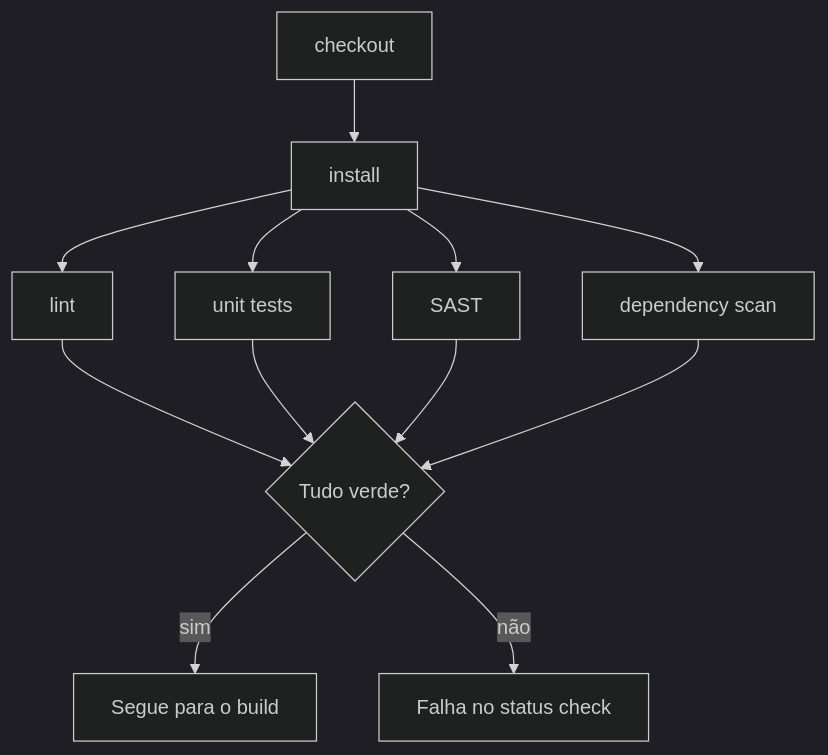
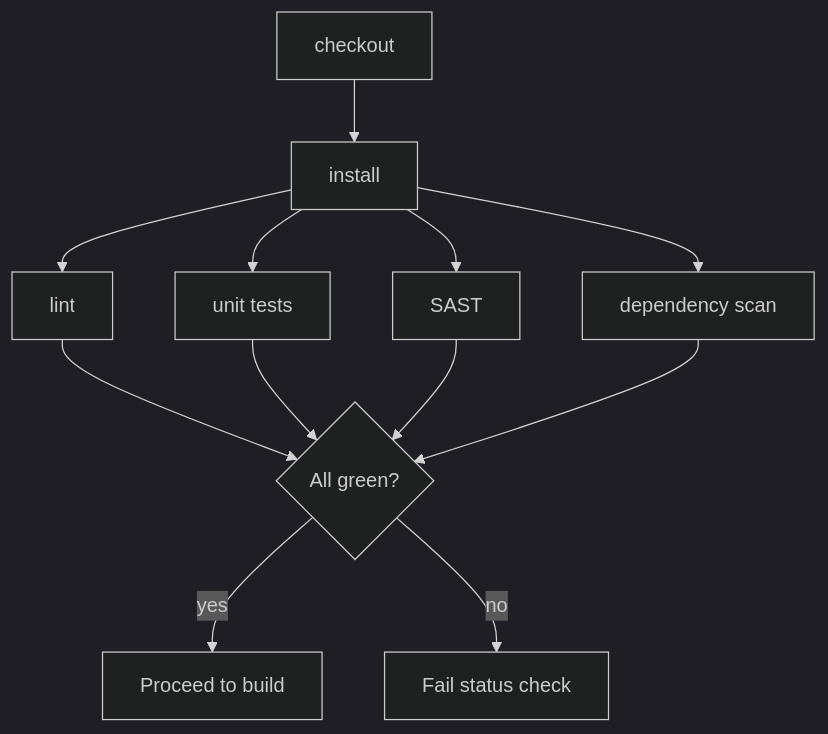
Before and after one commit to alissonf216/licitech-architecture-showcase: the second of 5 diagrams in docs/DEVOPS_AND_CICD.md, drawn with Mermaid (dark theme). The commit also changed other lines of this file and 36 other files, not shown here.

First line of the commit message:
Add Licitech architecture portfolio (EN + PT-BR)

````diff
--- a/docs/DEVOPS_AND_CICD.md
+++ b/docs/DEVOPS_AND_CICD.md
@@ -60,11 +62,11 @@
 ```mermaid
 flowchart TD
     A[checkout] --> B[install]
     B --> C[lint]
     B --> D[unit tests]
     B --> E[SAST]
     B --> F[dependency scan]
-    C & D & E & F --> G{Tudo verde?}
-    G -->|sim| H[Segue para o build]
-    G -->|não| X[Falha no status check]
+    C & D & E & F --> G{All green?}
+    G -->|yes| H[Proceed to build]
+    G -->|no| X[Fail status check]
 ```
````
